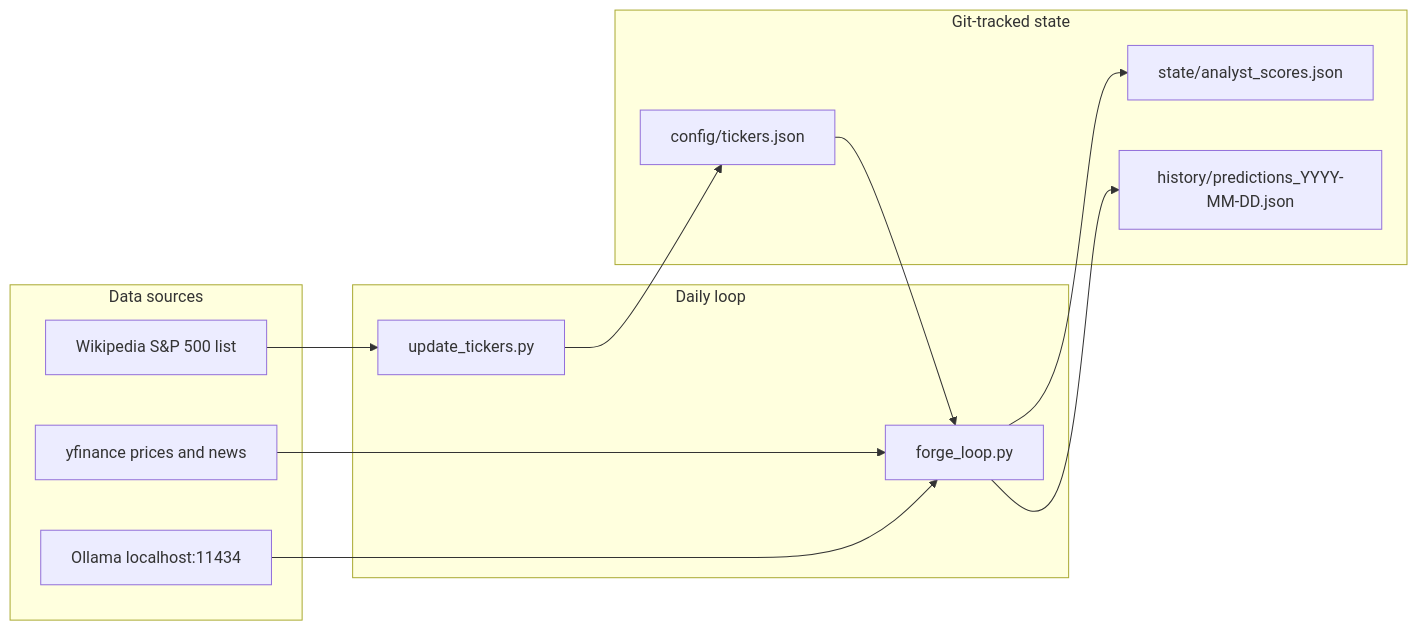
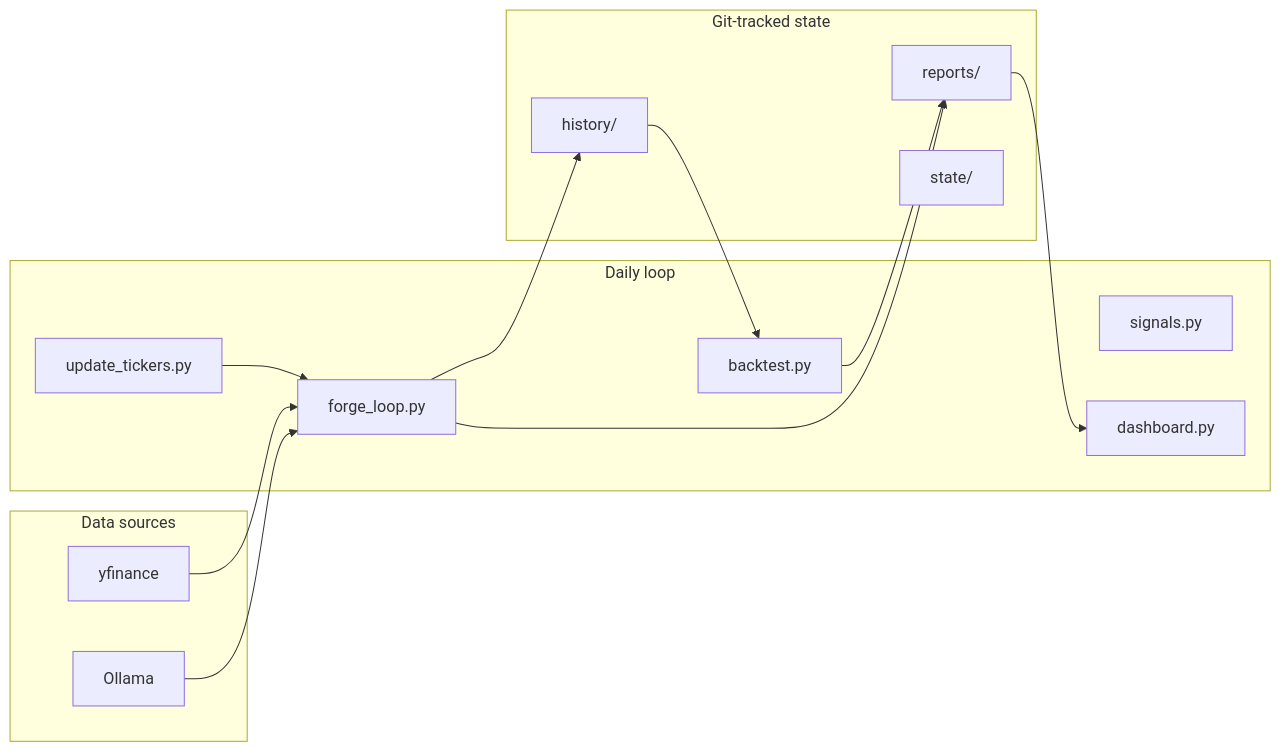
One commit to kdigitalsystems/OracleForge changed the diagram in README.md. Above: the diagram before and after it, drawn with Mermaid. The commit also changed other lines of this file and 6 other files, not shown here.

````diff
--- a/README.md
+++ b/README.md
@@ -9,23 +19,27 @@
 ```mermaid
 flowchart LR
     subgraph daily [Daily loop]
         Tickers[update_tickers.py]
         Forge[forge_loop.py]
+        Signals[signals.py]
+        Backtest[backtest.py]
+        UI[dashboard.py]
     end
     subgraph data [Data sources]
-        Wiki[Wikipedia S&P 500 list]
-        YF[yfinance prices and news]
-        Ollama[Ollama localhost:11434]
+        YF[yfinance]
+        Ollama[Ollama]
     end
     subgraph state [Git-tracked state]
-        Config[config/tickers.json]
-        Scores[state/analyst_scores.json]
-        History[history/predictions_YYYY-MM-DD.json]
+        History[history/]
+        Reports[reports/]
+        Scores[state/]
     end
-    Wiki --> Tickers --> Config
-    Config --> Forge
+    Tickers --> Forge
     YF --> Forge
     Ollama --> Forge
-    Forge --> Scores
     Forge --> History
+    Forge --> Reports
+    History --> Backtest
+    Reports --> UI
+    Backtest --> Reports
 ```
````
